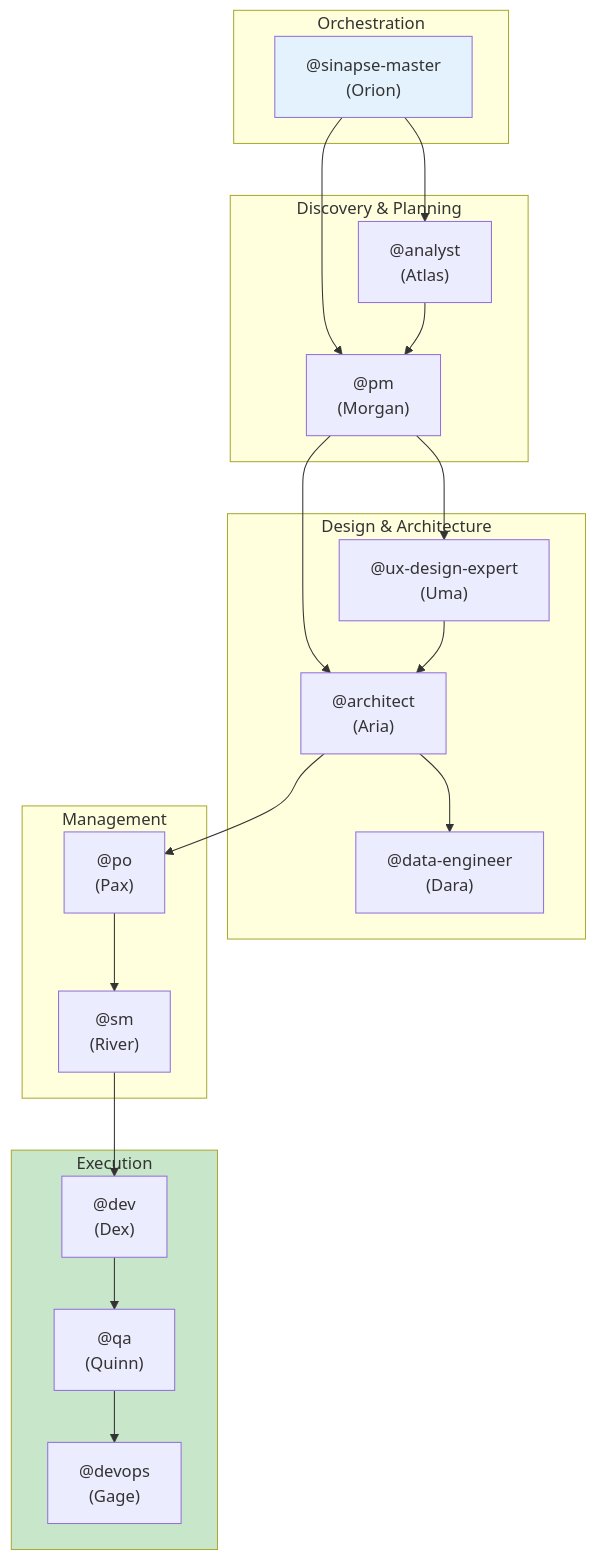
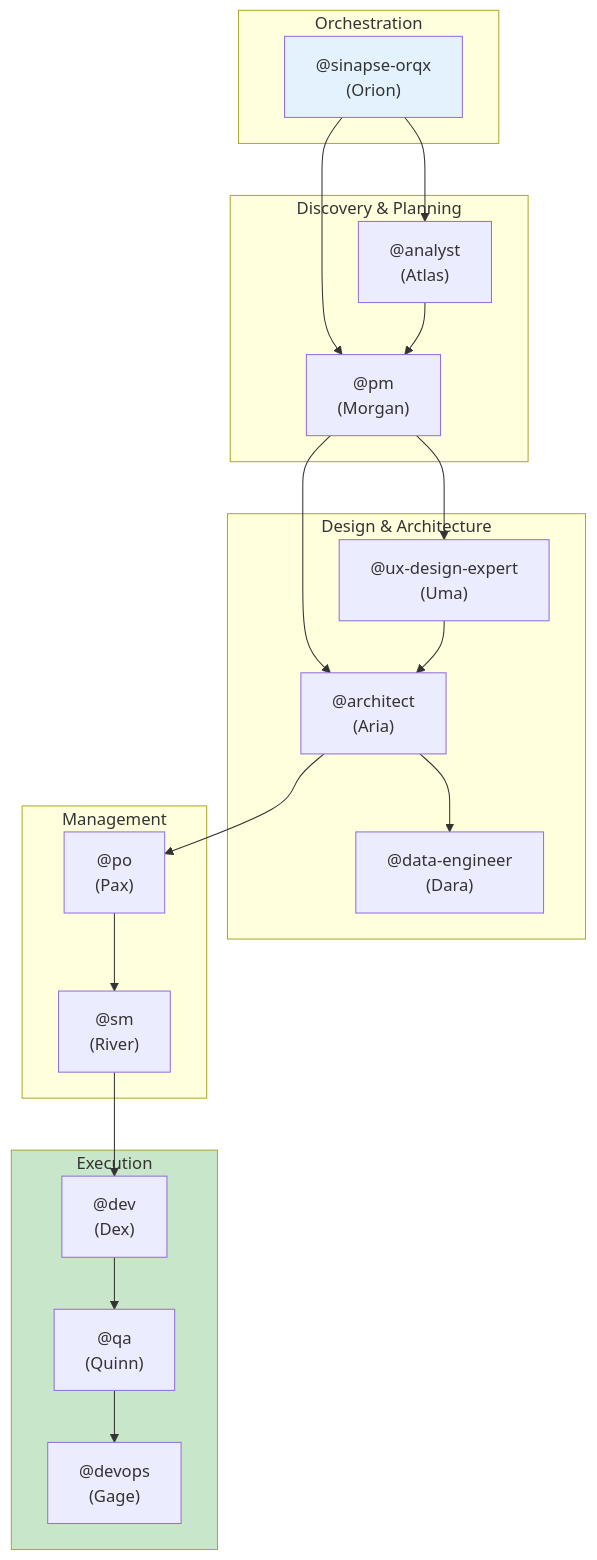
The diagram in docs/en/sinapse-agent-flows/README.md (caioimori/sinapse-ai), drawn with Mermaid before and after one commit. The commit also changed other lines of this file and 873 other files, not shown here.

````diff
--- a/docs/en/sinapse-agent-flows/README.md
+++ b/docs/en/sinapse-agent-flows/README.md
@@ -98,44 +98,44 @@
 ```mermaid
 flowchart TB
     subgraph ORCHESTRATION["Orchestration"]
-        MASTER["@sinapse-master\n(Orion)"]
+        MASTER["@sinapse-orqx\n(Orion)"]
     end
 
     subgraph DISCOVERY["Discovery & Planning"]
         ANALYST["@analyst\n(Atlas)"]
         PM["@pm\n(Morgan)"]
     end
 
     subgraph DESIGN["Design & Architecture"]
         ARCHITECT["@architect\n(Aria)"]
         UX["@ux-design-expert\n(Uma)"]
         DATA["@data-engineer\n(Dara)"]
     end
 
     subgraph MANAGEMENT["Management"]
         PO["@po\n(Pax)"]
         SM["@sm\n(River)"]
     end
 
     subgraph EXECUTION["Execution"]
         DEV["@dev\n(Dex)"]
         QA["@qa\n(Quinn)"]
         DEVOPS["@devops\n(Gage)"]
     end
 
     MASTER --> ANALYST
     MASTER --> PM
     ANALYST --> PM
     PM --> UX
     PM --> ARCHITECT
     UX --> ARCHITECT
     ARCHITECT --> DATA
     ARCHITECT --> PO
     PO --> SM
     SM --> DEV
     DEV --> QA
     QA --> DEVOPS
 
     style MASTER fill:#e3f2fd
     style EXECUTION fill:#c8e6c9
 ```
````
